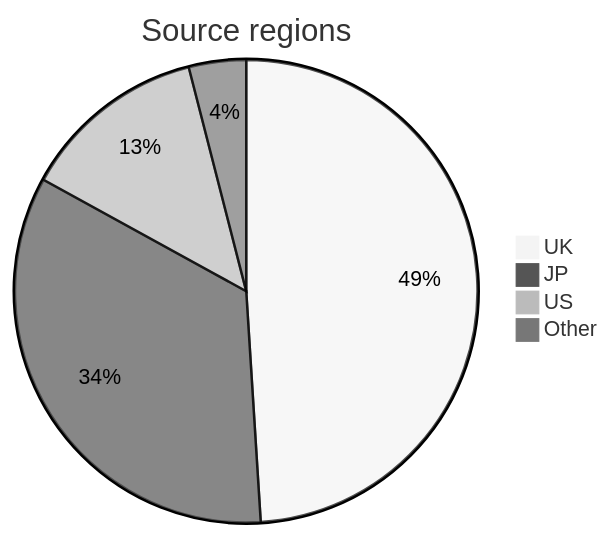
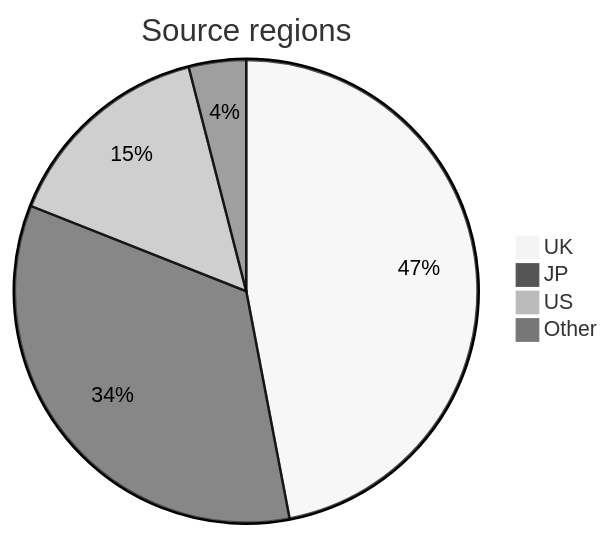
The diagram in gbc-census/docs/notes.md (ace-dent/gbc-hw), drawn with Mermaid (neutral theme) before and after one commit. The commit also changed other lines of this file and 6 other files, not shown here.

````diff
--- a/gbc-census/docs/notes.md
+++ b/gbc-census/docs/notes.md
@@ -42,7 +42,7 @@
 ```mermaid
 pie title Source regions
-    "UK" : 49
+    "UK" : 47
     "JP" : 34
-    "US" : 13
+    "US" : 15
     "Other" : 4
 ```
````
